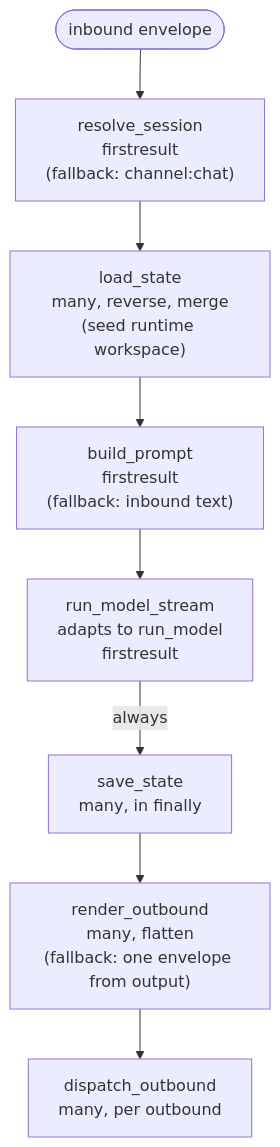
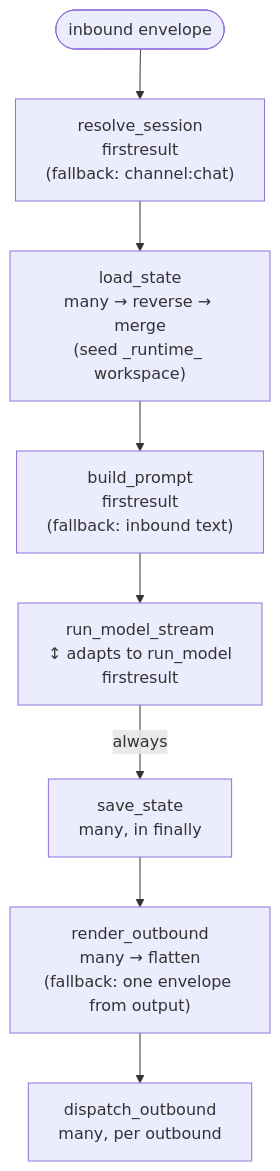
The diagram in website/src/content/docs/docs/concepts/turn-pipeline.mdx (bubbuild/bub), drawn with Mermaid before and after one commit. The commit also changed 9 other files, not shown here.

````diff
--- a/website/src/content/docs/docs/concepts/turn-pipeline.mdx
+++ b/website/src/content/docs/docs/concepts/turn-pipeline.mdx
@@ -14,10 +14,10 @@
 ```mermaid
 flowchart TD
   inbound(["inbound envelope"]) --> resolve["resolve_session<br/>firstresult<br/>(fallback: channel:chat)"]
-  resolve --> load["load_state<br/>many, reverse, merge<br/>(seed runtime workspace)"]
+  resolve --> load["load_state<br/>many → reverse → merge<br/>(seed _runtime_ workspace)"]
   load --> prompt["build_prompt<br/>firstresult<br/>(fallback: inbound text)"]
-  prompt --> model["run_model_stream<br/>adapts to run_model<br/>firstresult"]
+  prompt --> model["run_model_stream<br/>↕ adapts to run_model<br/>firstresult"]
   model -->|always| save["save_state<br/>many, in finally"]
-  save --> render["render_outbound<br/>many, flatten<br/>(fallback: one envelope from output)"]
+  save --> render["render_outbound<br/>many → flatten<br/>(fallback: one envelope from output)"]
   render --> dispatch["dispatch_outbound<br/>many, per outbound"]
 ```
````
